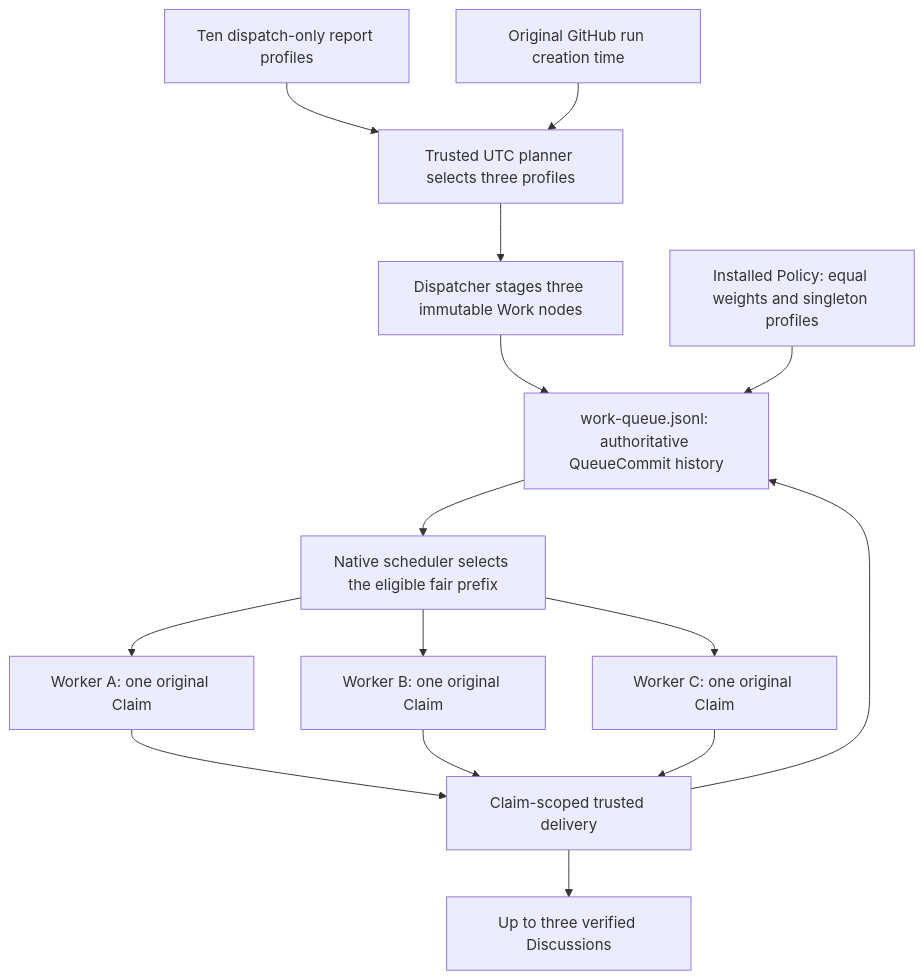
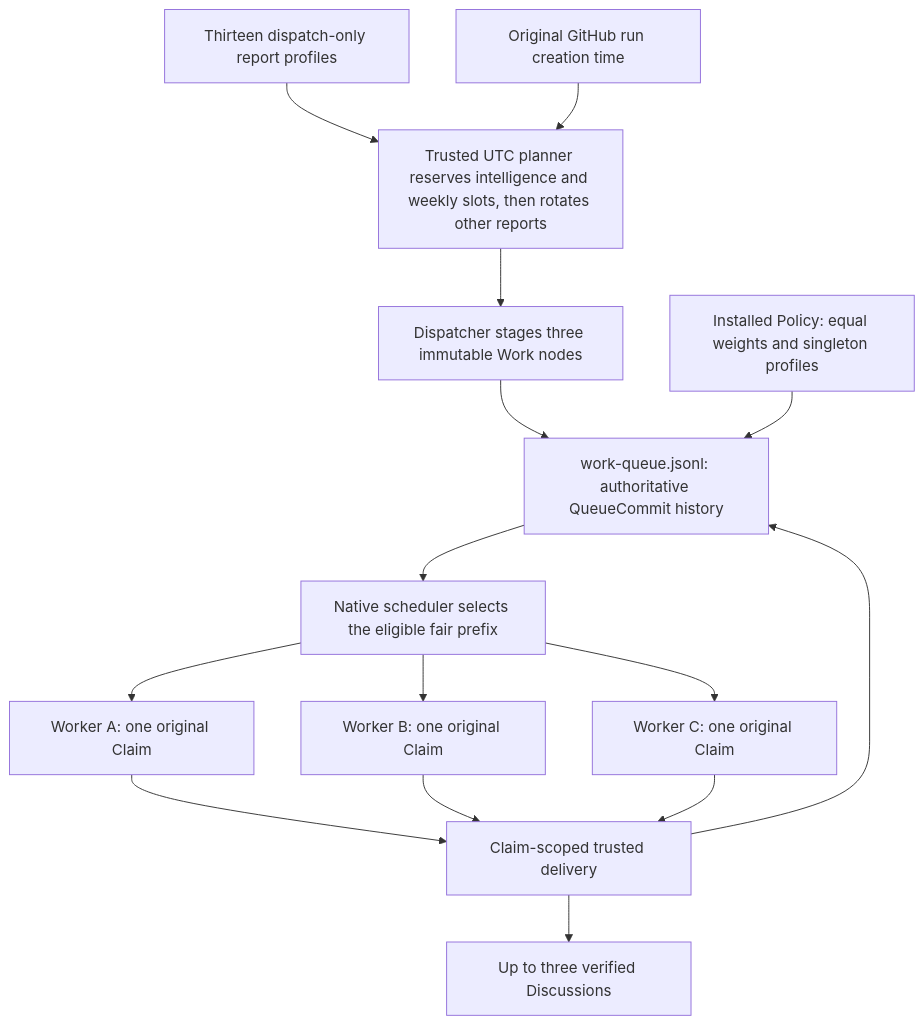
The first of 3 diagrams in docs/src/content/docs/patterns/daily-report-portfolio.md (github/gh-aw), drawn with Mermaid before and after one commit. The commit also changed other lines of this file and 20 other files, not shown here.

First line of the commit message:
Centralize discussion reports and daily intelligence in the work queue

````diff
--- a/docs/src/content/docs/patterns/daily-report-portfolio.md
+++ b/docs/src/content/docs/patterns/daily-report-portfolio.md
@@ -46,17 +87,17 @@
 ```mermaid
 flowchart TD
-    Roster["Ten dispatch-only report profiles"] --> Plan["Trusted UTC planner selects three profiles"]
+    Roster["Thirteen dispatch-only report profiles"] --> Plan["Trusted UTC planner reserves intelligence and weekly slots, then rotates other reports"]
     Date["Original GitHub run creation time"] --> Plan
     Plan --> Submit["Dispatcher stages three immutable Work nodes"]
     Submit --> Ledger["work-queue.jsonl: authoritative QueueCommit history"]
     Policy["Installed Policy: equal weights and singleton profiles"] --> Ledger
     Ledger --> Scheduler["Native scheduler selects the eligible fair prefix"]
     Scheduler --> A["Worker A: one original Claim"]
     Scheduler --> B["Worker B: one original Claim"]
     Scheduler --> C["Worker C: one original Claim"]
     A --> Delivery["Claim-scoped trusted delivery"]
     B --> Delivery
     C --> Delivery
     Delivery --> Discussions["Up to three verified Discussions"]
     Delivery --> Ledger
 ```
````
